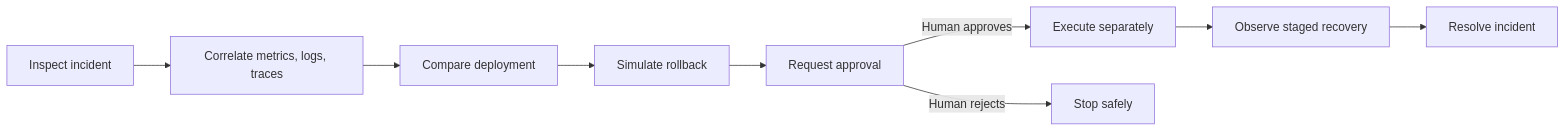
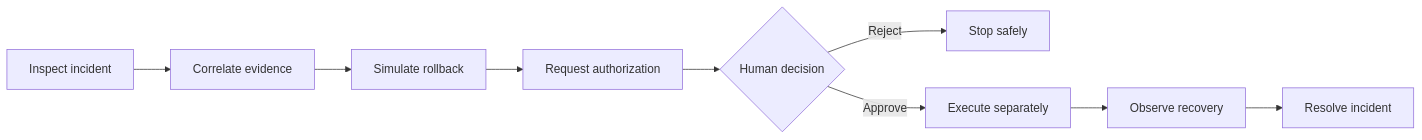
Before and after one commit to la3679/webops-commander: the first of 2 diagrams in README.md, drawn with Mermaid. The commit also changed other lines of this file and 3 other files, not shown here.

````diff
--- a/README.md
+++ b/README.md
@@ -52,11 +47,11 @@
 ```mermaid
 flowchart LR
-  A[Inspect incident] --> B[Correlate metrics, logs, traces]
-  B --> C[Compare deployment]
-  C --> D[Simulate rollback]
-  D --> E[Request approval]
-  E -->|Human approves| F[Execute separately]
-  E -->|Human rejects| G[Stop safely]
-  F --> H[Observe staged recovery]
+  A[Inspect incident] --> B[Correlate evidence]
+  B --> C[Simulate rollback]
+  C --> D[Request authorization]
+  D --> E{Human decision}
+  E -->|Reject| F[Stop safely]
+  E -->|Approve| G[Execute separately]
+  G --> H[Observe recovery]
   H --> I[Resolve incident]
 ```
````
